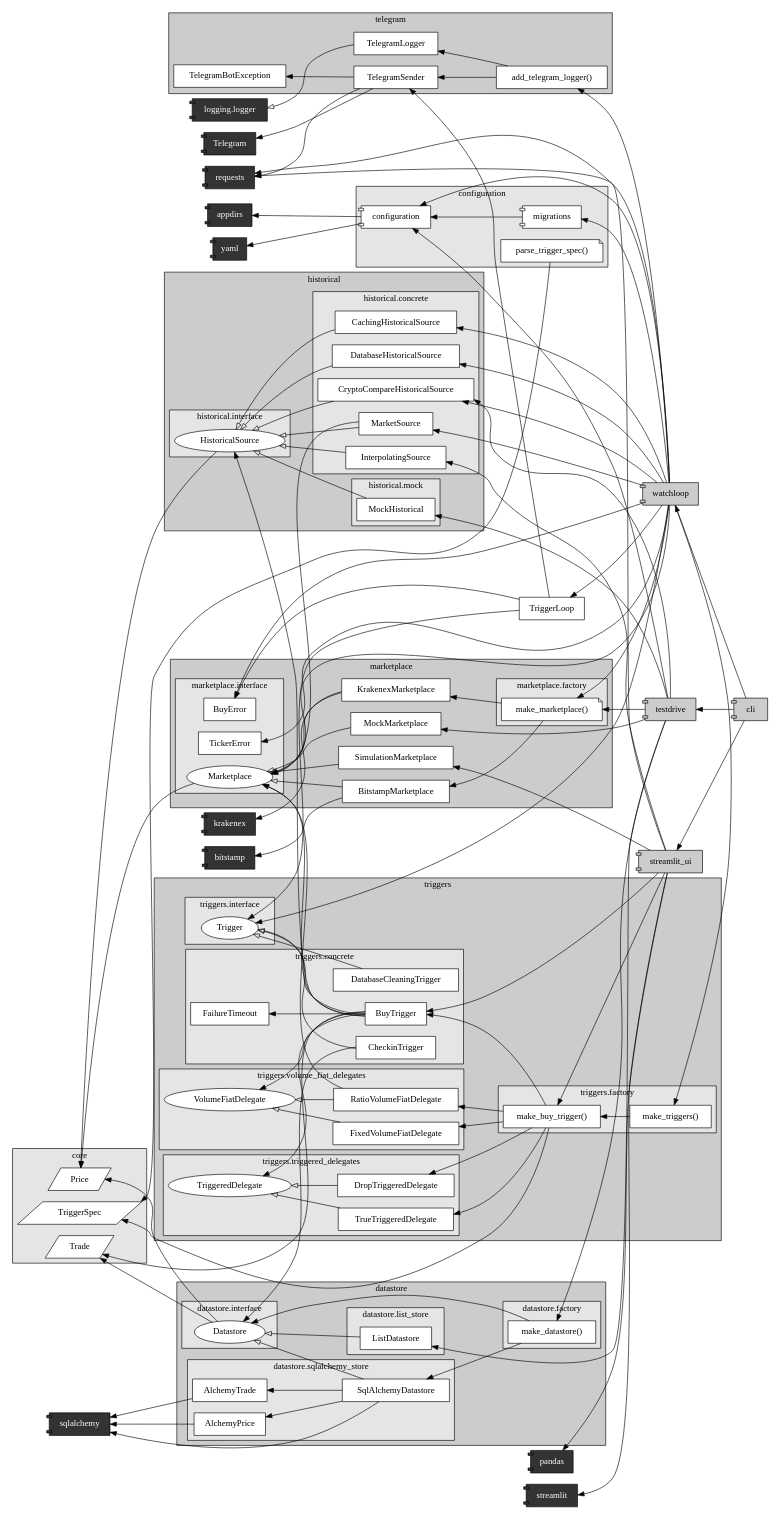
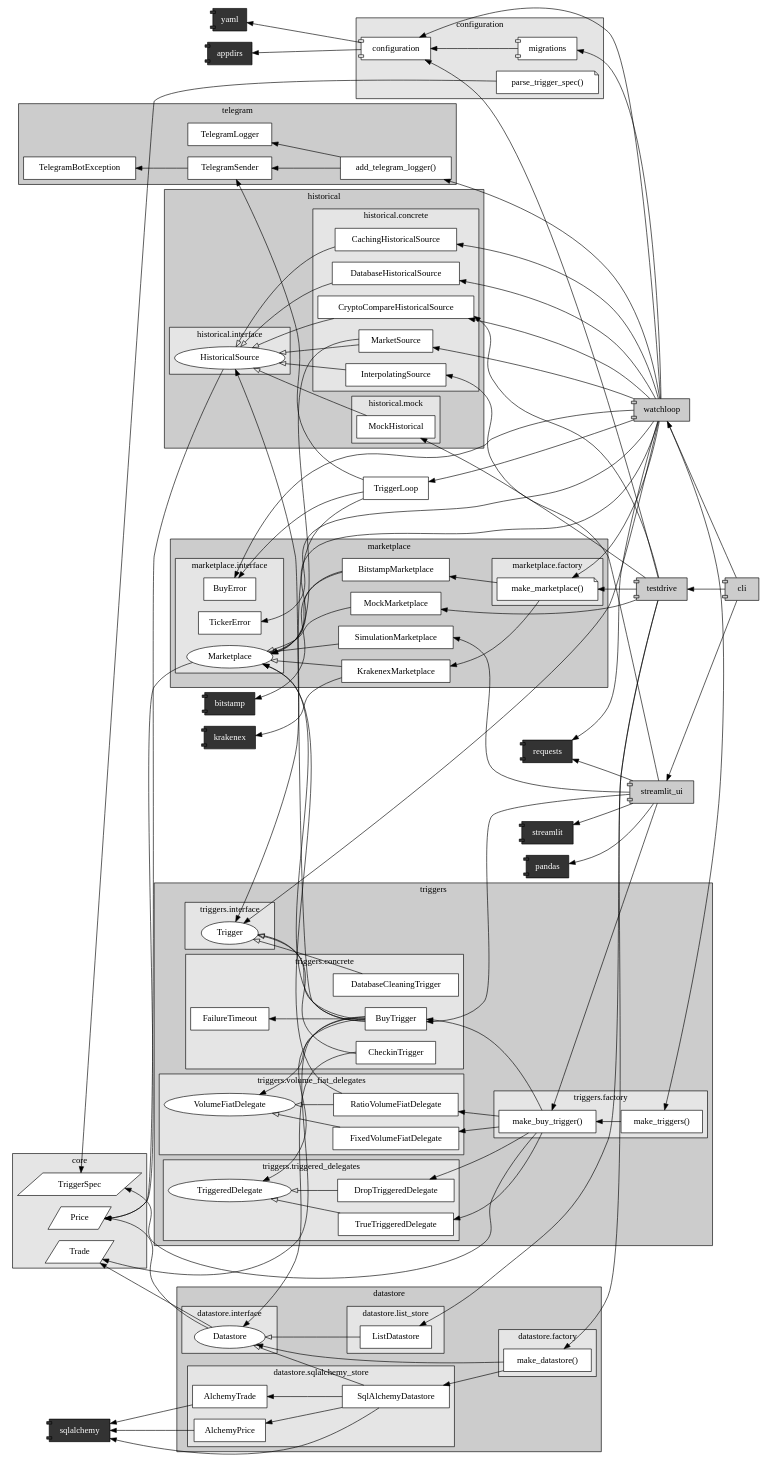
The diagram in docs/dev/graphs/architecture.dot (martin-ueding/vigilant-crypto-snatch), drawn with Graphviz before and after one commit.

Commit message:
Update graph

```diff
--- a/docs/dev/graphs/architecture.dot
+++ b/docs/dev/graphs/architecture.dot
@@ -10,13 +10,11 @@
     "bitstamp"
     "krakenex"
     "sqlalchemy"
-    "Telegram"
     "requests"
     "appdirs"
     "streamlit"
     "pandas"
     "yaml"
-    "logging.logger"
 }
 
 subgraph cluster_triggers {
@@ -280,8 +278,6 @@
 "streamlit_ui" -> "streamlit"
 "add_telegram_logger()" -> "TelegramLogger"
 "add_telegram_logger()" -> "TelegramSender"
-"TelegramLogger" -> "logging.logger" [arrowhead=onormal]
-"TelegramSender" -> "Telegram"
 "TelegramSender" -> "TelegramBotException"
 "TriggerLoop" -> "BuyError"
 "TriggerLoop" -> "TelegramSender"
@@ -302,7 +298,6 @@
 "watchloop" -> "requests"
 "watchloop" -> "TickerError"
 "watchloop" -> "Trigger"
-"TelegramSender" -> "requests"
 "make_datastore()" -> "SqlAlchemyDatastore"
 "make_datastore()" -> "Datastore"
 
```
